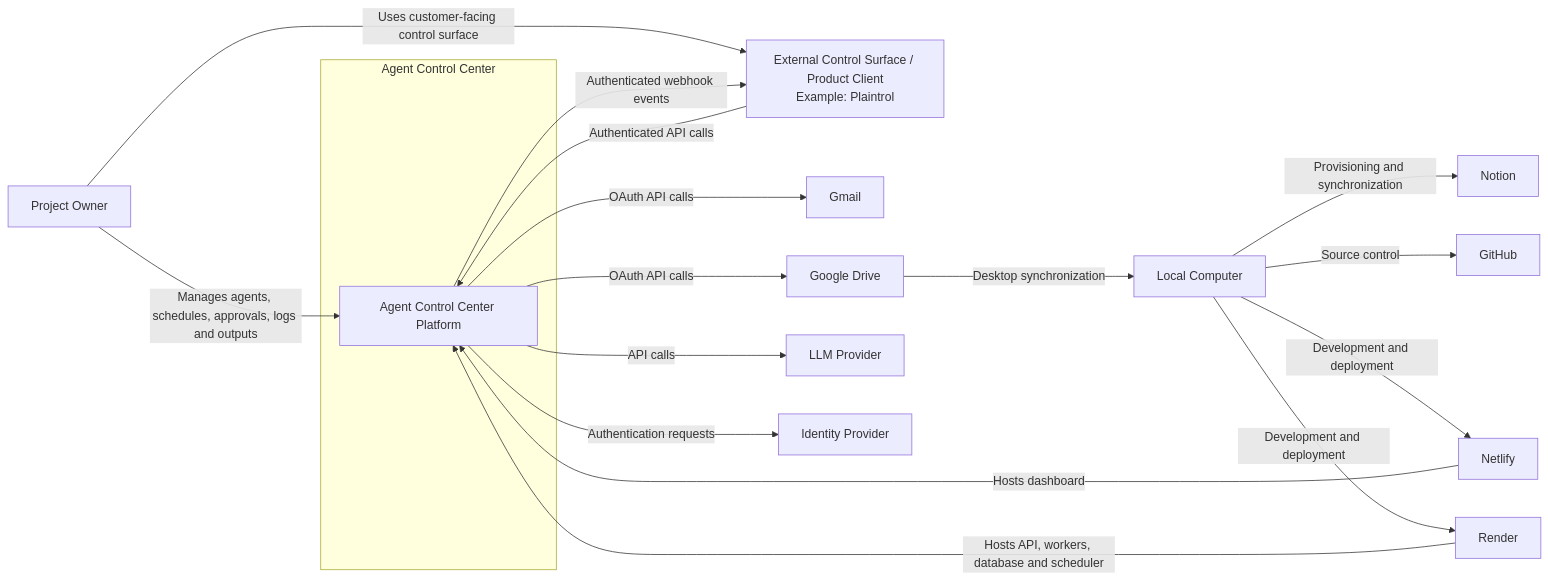
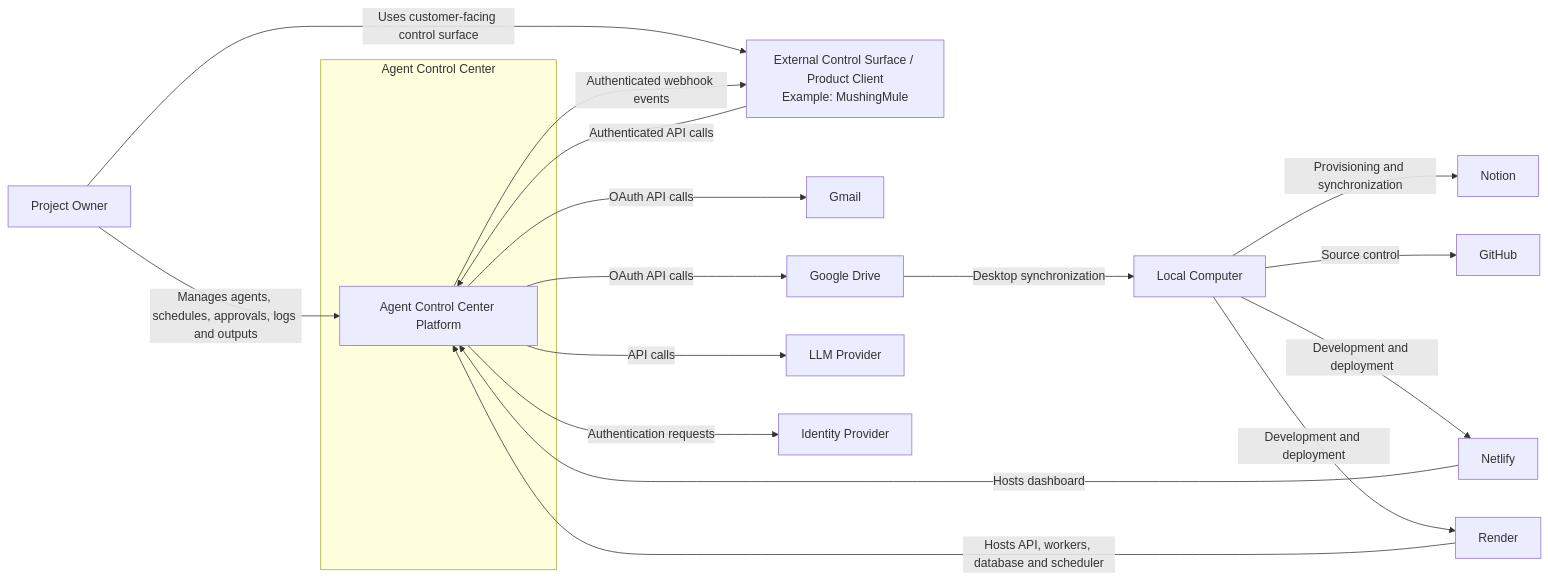
Before and after one commit to vasudevap/agent-control-center: the diagram in docs/architecture/03-system-context.md, drawn with Mermaid. The commit also changed other lines of this file and 15 other files, not shown here.

````diff
--- a/docs/architecture/03-system-context.md
+++ b/docs/architecture/03-system-context.md
@@ -334,38 +343,38 @@
 ```mermaid
 flowchart LR
     Owner[Project Owner]
-    ProductClient[External Control Surface / Product Client\nExample: Plaintrol]
+    ProductClient[External Control Surface / Product Client\nExample: MushingMule]
 
     subgraph ACC[Agent Control Center]
         Platform[Agent Control Center Platform]
     end
 
     Gmail[Gmail]
     Drive[Google Drive]
     Notion[Notion]
     LLM[LLM Provider]
     IdP[Identity Provider]
     GitHub[GitHub]
     Netlify[Netlify]
     Render[Render]
     Local[Local Computer]
 
     Owner -->|Manages agents, schedules, approvals, logs and outputs| Platform
     Owner -->|Uses customer-facing control surface| ProductClient
     ProductClient -->|Authenticated API calls| Platform
     Platform -->|Authenticated webhook events| ProductClient
 
     Platform -->|OAuth API calls| Gmail
     Platform -->|OAuth API calls| Drive
     Platform -->|API calls| LLM
     Platform -->|Authentication requests| IdP
 
     Local -->|Provisioning and synchronization| Notion
     Local -->|Source control| GitHub
     Local -->|Development and deployment| Netlify
     Local -->|Development and deployment| Render
 
     Netlify -->|Hosts dashboard| Platform
     Render -->|Hosts API, workers, database and scheduler| Platform
     Drive -->|Desktop synchronization| Local
 ```
````
